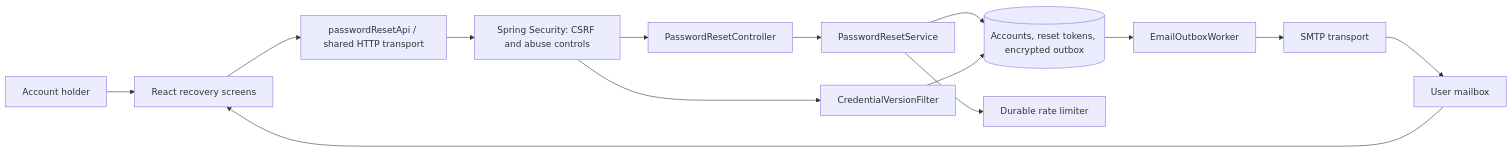
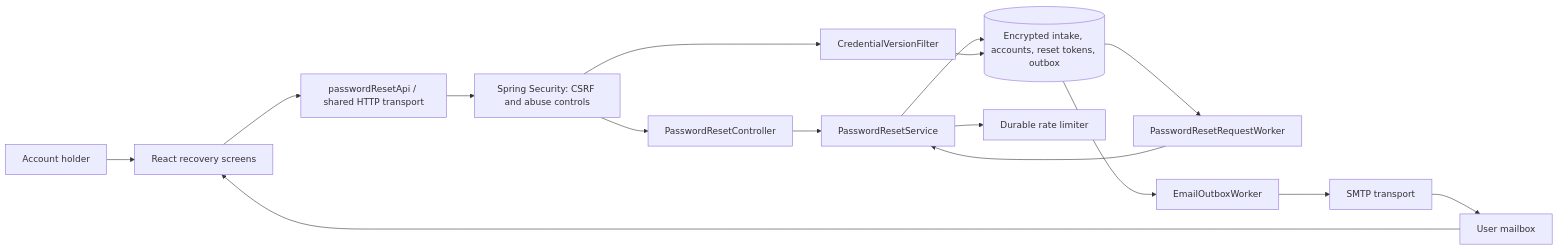
The first of 2 diagrams in docs/superpowers/specs/2026-10-10-password-reset-design.md (Jeffreyw7/Internship-Tracker-Demo), drawn with Mermaid before and after one commit. The commit also changed other lines of this file, not shown here.

Commit message:
docs: strengthen password reset production architecture

````diff
--- a/docs/superpowers/specs/2026-10-10-password-reset-design.md
+++ b/docs/superpowers/specs/2026-10-10-password-reset-design.md
@@ -50,16 +53,18 @@
 ```mermaid
 flowchart LR
     U[Account holder] --> UI[React recovery screens]
     UI --> API[passwordResetApi / shared HTTP transport]
     API --> SEC[Spring Security: CSRF and abuse controls]
     SEC --> C[PasswordResetController]
     C --> S[PasswordResetService]
-    S --> DB[(Accounts, reset tokens, encrypted outbox)]
+    S --> DB[(Encrypted intake, accounts, reset tokens, outbox)]
+    DB --> IW[PasswordResetRequestWorker]
+    IW --> S
     S --> RL[Durable rate limiter]
     DB --> W[EmailOutboxWorker]
     W --> SMTP[SMTP transport]
     SMTP --> M[User mailbox]
     M --> UI
     SEC --> V[CredentialVersionFilter]
     V --> DB
 ```
````
